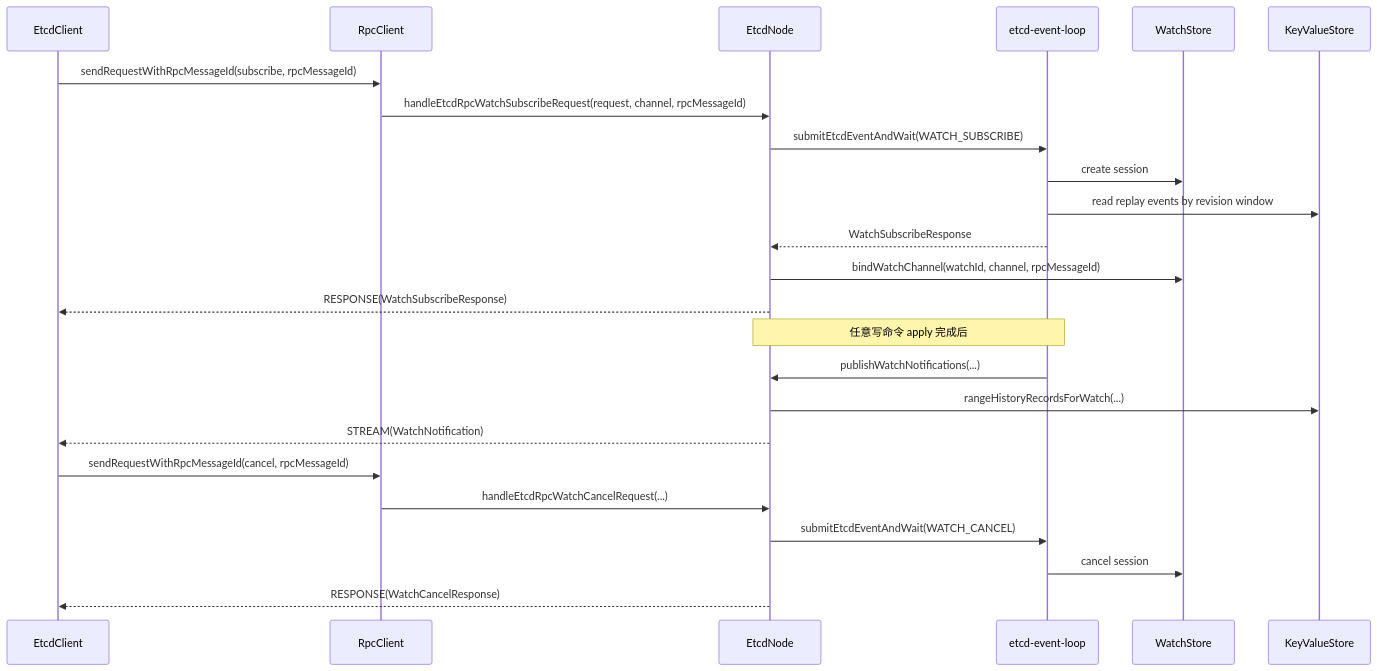
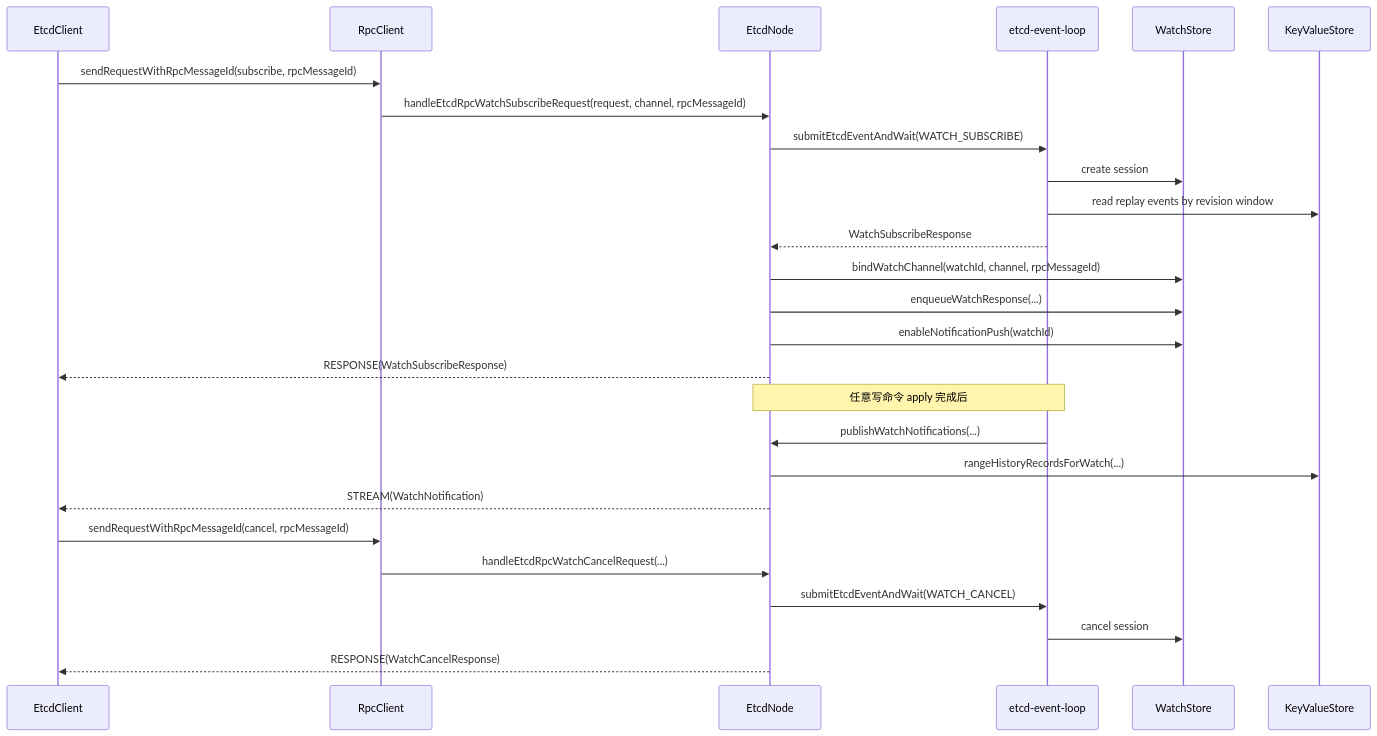
Before and after one commit to xhjkss/mini-etcd-project: the second of 3 diagrams in docs/architecture-06-watch.md, drawn with Mermaid. The commit also changed other lines of this file and 19 other files, not shown here.

````diff
--- a/docs/architecture-06-watch.md
+++ b/docs/architecture-06-watch.md
@@ -139,29 +139,31 @@
 ```mermaid
 sequenceDiagram
     participant C as EtcdClient
     participant R as RpcClient
     participant N as EtcdNode
     participant E as etcd-event-loop
     participant W as WatchStore
     participant K as KeyValueStore
 
     C->>R: sendRequestWithRpcMessageId(subscribe, rpcMessageId)
     R->>N: handleEtcdRpcWatchSubscribeRequest(request, channel, rpcMessageId)
     N->>E: submitEtcdEventAndWait(WATCH_SUBSCRIBE)
     E->>W: create session
     E->>K: read replay events by revision window
     E-->>N: WatchSubscribeResponse
     N->>W: bindWatchChannel(watchId, channel, rpcMessageId)
+    N->>W: enqueueWatchResponse(...)
+    N->>W: enableNotificationPush(watchId)
     N-->>C: RESPONSE(WatchSubscribeResponse)
 
     Note over N,E: 任意写命令 apply 完成后
     E->>N: publishWatchNotifications(...)
     N->>K: rangeHistoryRecordsForWatch(...)
     N-->>C: STREAM(WatchNotification)
 
     C->>R: sendRequestWithRpcMessageId(cancel, rpcMessageId)
     R->>N: handleEtcdRpcWatchCancelRequest(...)
     N->>E: submitEtcdEventAndWait(WATCH_CANCEL)
     E->>W: cancel session
     N-->>C: RESPONSE(WatchCancelResponse)
 ```
````
